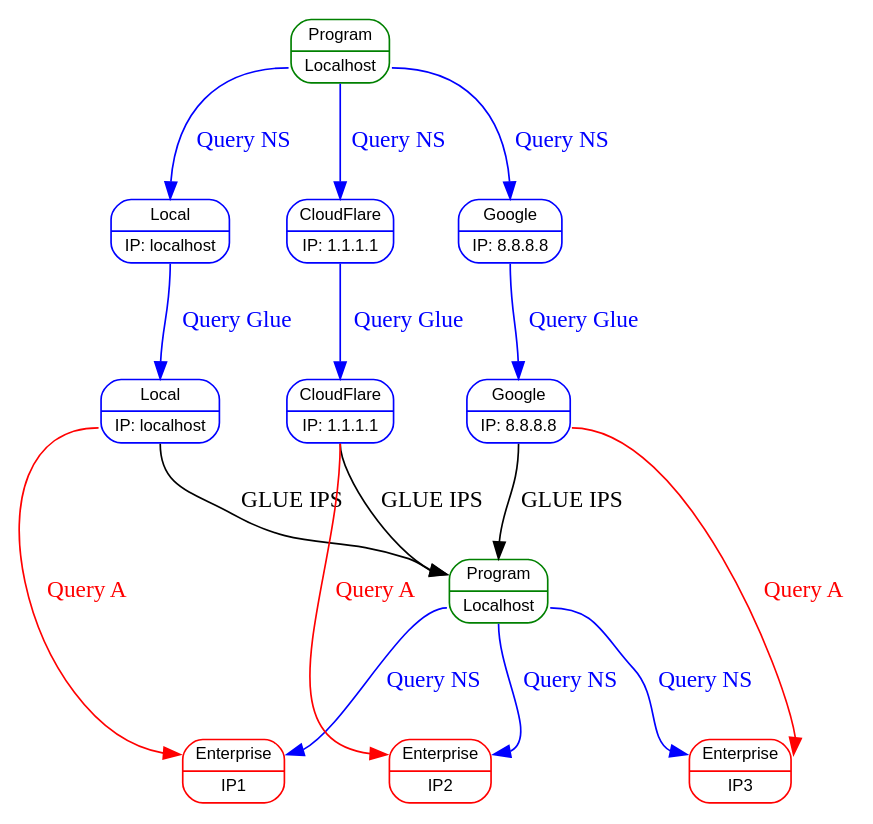
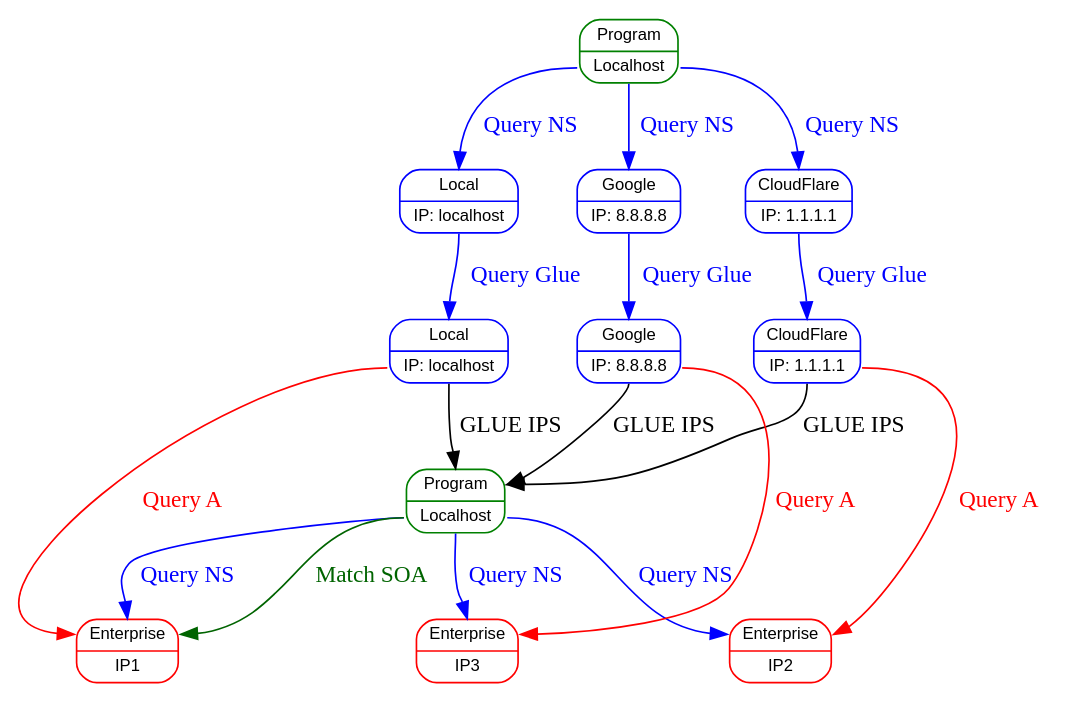
One commit to Redislabs-Solution-Architects/dnstracer changed the diagram in docs/lookups.dot. Above: the diagram before and after it, drawn with Graphviz. The commit also changed 1 other file, not shown here.

```diff
--- a/docs/lookups.dot
+++ b/docs/lookups.dot
@@ -1,44 +1,46 @@
 digraph structs {
-    ranksep=0.75; 
+    ranksep=0.50; 
     #rankdir=LR; 
     
     node[shape=Mrecord,fontname=Arial,fontsize=10]
 
 
     DNSTracer [label="{<f0>Program|<f1>Localhost}", color=Green];
     DNSTracer2 [label="{<f0>Program|<f1>Localhost}", color=Green];
 
     node1 [label="{<f0>Enterprise|<f1>IP1}", color=Red];
     node2 [label="{<f0>Enterprise|<f1>IP2}", color=Red];
     node3 [label="{<f0>Enterprise|<f1>IP3}", color=Red];
 
     LocalResolver [label="{<f0>Local|<f1>IP: localhost}", color=Blue];
     CloudflareResolver [label="{<f0>CloudFlare|<f1>IP: 1.1.1.1}", color=Blue];
     GoogleResolver [label="{<f0>Google|<f1>IP: 8.8.8.8}", color=Blue];
 
     LocalResolver2 [label="{<f0>Local|<f1>IP: localhost}", color=Blue];
     CloudflareResolver2 [label="{<f0>CloudFlare|<f1>IP: 1.1.1.1}", color=Blue];
     GoogleResolver2 [label="{<f0>Google|<f1>IP: 8.8.8.8}", color=Blue];
 
     DNSTracer:f1 -> LocalResolver:f0 [label="Query NS", fontcolor=blue, color=blue]
     DNSTracer:f1 -> CloudflareResolver:f0 [label="Query NS", fontcolor=blue, color=blue]
     DNSTracer:f1 -> GoogleResolver:f0 [label="Query NS", fontcolor=blue, color=blue]
 
     
     LocalResolver:f1 -> LocalResolver2:f0 [label="Query Glue", fontcolor=blue, color=blue]
     CloudflareResolver:f1 -> CloudflareResolver2:f0 [label="Query Glue", fontcolor=blue, color=blue]
     GoogleResolver:f1 -> GoogleResolver2:f0 [label="Query Glue", fontcolor=blue, color=blue]
     
     LocalResolver2:f1 -> DNSTracer2:f0 [label="GLUE IPS", fontcolor=black, color=black]
     CloudflareResolver2:f1 -> DNSTracer2:f0 [label="GLUE IPS", fontcolor=black, color=black]
     GoogleResolver2:f1 -> DNSTracer2:f0 [label="GLUE IPS", fontcolor=black, color=black]
     
     LocalResolver2:f1 -> node1:f0 [label="Query A", fontcolor=red, color=red]
     CloudflareResolver2:f1 -> node2:f0 [label="Query A", fontcolor=red, color=red]
     GoogleResolver2:f1 -> node3:f0 [label="Query A", fontcolor=red, color=red]
 
     DNSTracer2:f1 -> node1:f0 [label="Query NS", fontcolor=blue, color=blue]
     DNSTracer2:f1 -> node2:f0 [label="Query NS", fontcolor=blue, color=blue]
     DNSTracer2:f1 -> node3:f0 [label="Query NS", fontcolor=blue, color=blue]
 
+    DNSTracer2:f1 -> node1:f0 [label="Match SOA", fontcolor=darkgreen, color=darkgreen]
+
 }
```
